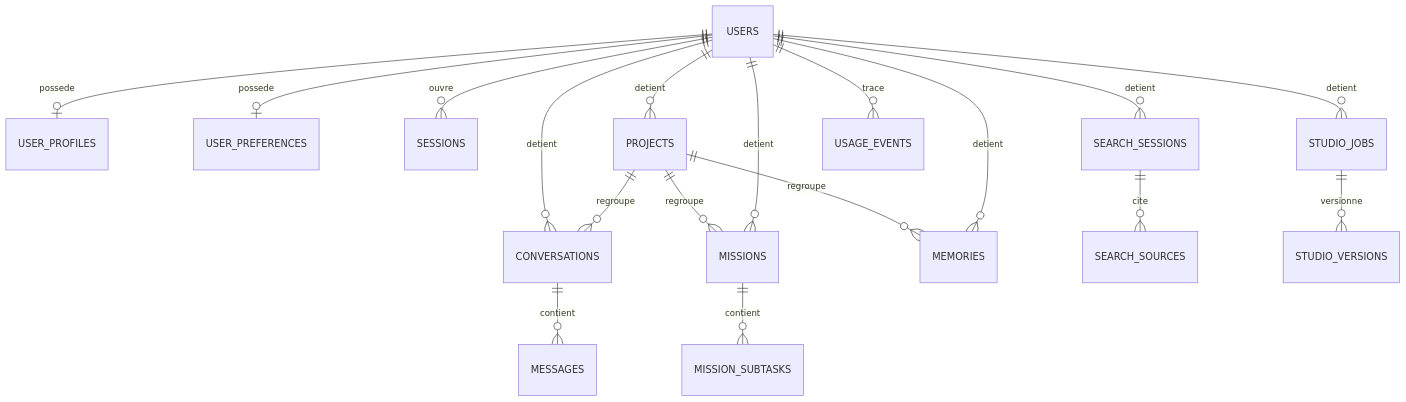
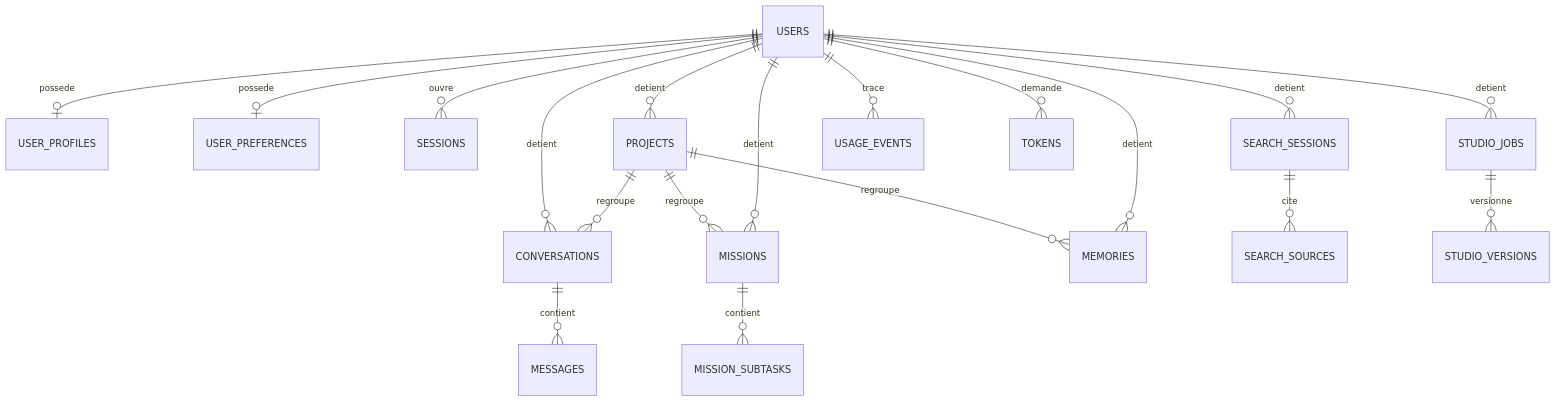
Before and after one commit to kakporosaire953-creator/Aura: the diagram in docs/database/README.md, drawn with Mermaid. The commit also changed other lines of this file and 37 other files, not shown here.

````diff
--- a/docs/database/README.md
+++ b/docs/database/README.md
@@ -5,20 +5,21 @@
 ```mermaid
 erDiagram
     USERS ||--o| USER_PROFILES : possede
     USERS ||--o| USER_PREFERENCES : possede
     USERS ||--o{ SESSIONS : ouvre
     USERS ||--o{ CONVERSATIONS : detient
     CONVERSATIONS ||--o{ MESSAGES : contient
     USERS ||--o{ PROJECTS : detient
     PROJECTS ||--o{ CONVERSATIONS : regroupe
     PROJECTS ||--o{ MISSIONS : regroupe
     PROJECTS ||--o{ MEMORIES : regroupe
     USERS ||--o{ MISSIONS : detient
     MISSIONS ||--o{ MISSION_SUBTASKS : contient
     USERS ||--o{ MEMORIES : detient
     USERS ||--o{ SEARCH_SESSIONS : detient
     SEARCH_SESSIONS ||--o{ SEARCH_SOURCES : cite
     USERS ||--o{ STUDIO_JOBS : detient
     STUDIO_JOBS ||--o{ STUDIO_VERSIONS : versionne
     USERS ||--o{ USAGE_EVENTS : trace
+    USERS ||--o{ TOKENS : demande
 ```
````
